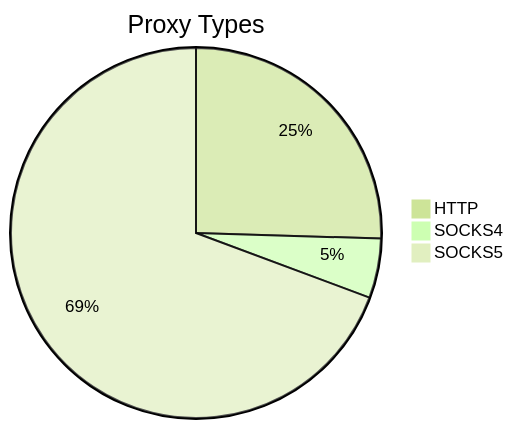
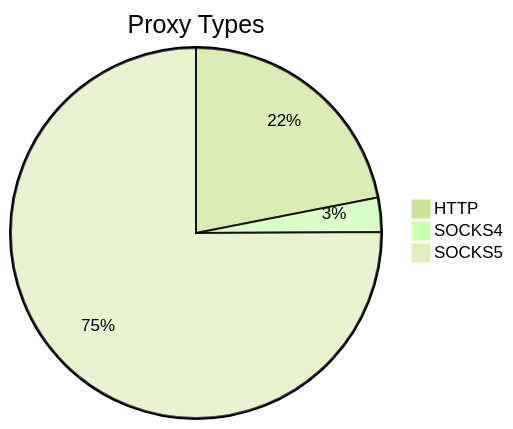
Before and after one commit to stormsia/proxy-list: the first of 2 diagrams in README.md, drawn with Mermaid (forest theme). The commit also changed other lines of this file, not shown here.

````diff
--- a/README.md
+++ b/README.md
@@ -21,6 +21,6 @@
 ```mermaid
 pie title Proxy Types
-    "HTTP" : 147
-    "SOCKS4" : 30
-    "SOCKS5" : 400
+    "HTTP" : 139
+    "SOCKS4" : 19
+    "SOCKS5" : 476
 ```
````
